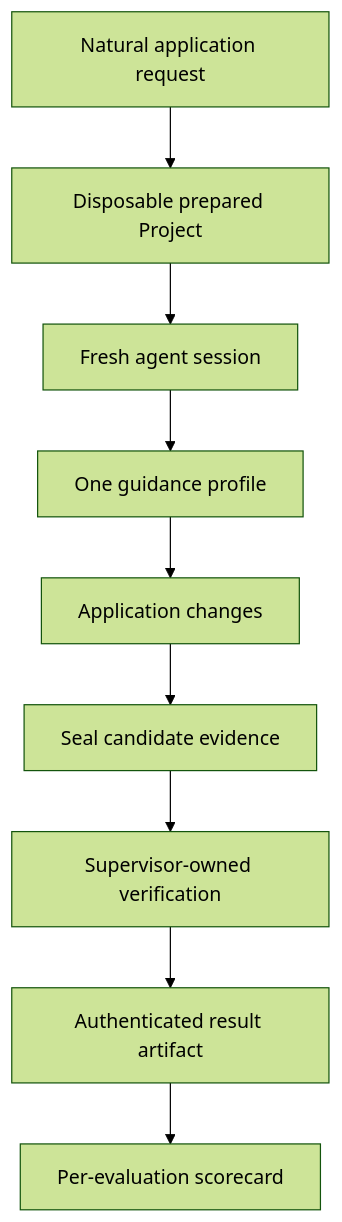
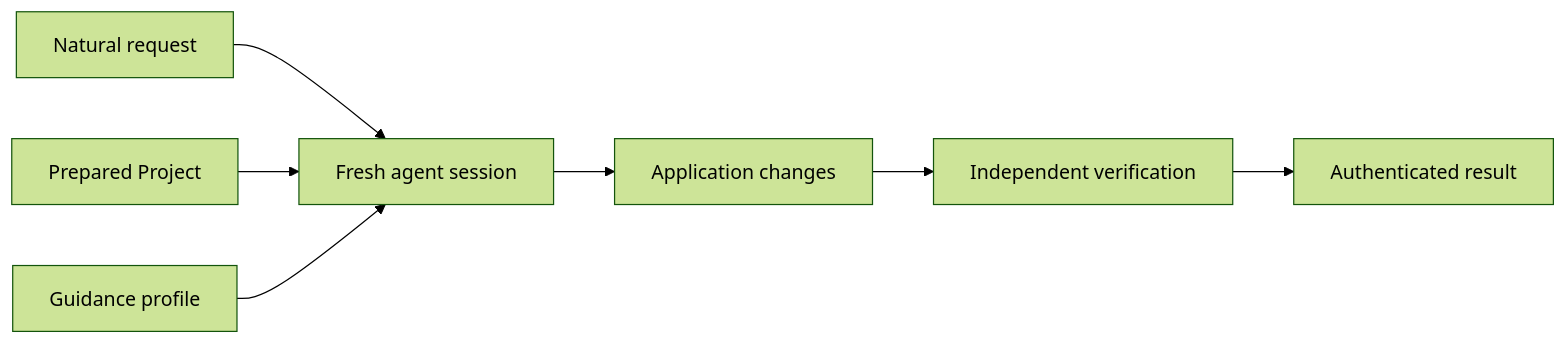
The diagram in docs/developer-tools/atlas-evaluations.md (goforj/docs), drawn with Mermaid (forest theme) before and after one commit.

Commit message:
docs: simplify the Atlas evaluation flow diagram

````diff
--- a/docs/developer-tools/atlas-evaluations.md
+++ b/docs/developer-tools/atlas-evaluations.md
@@ -40,11 +40,9 @@
 ```mermaid
-flowchart TD
-    A[Natural application request] --> B[Disposable prepared Project]
-    B --> C[Fresh agent session]
-    C --> D[One guidance profile]
+flowchart LR
+    A[Natural request] --> D[Fresh agent session]
+    B[Prepared Project] --> D
+    C[Guidance profile] --> D
     D --> E[Application changes]
-    E --> F[Seal candidate evidence]
-    F --> G[Supervisor-owned verification]
-    G --> H[Authenticated result artifact]
-    H --> I[Per-evaluation scorecard]
+    E --> F[Independent verification]
+    F --> G[Authenticated result]
 ```
````
